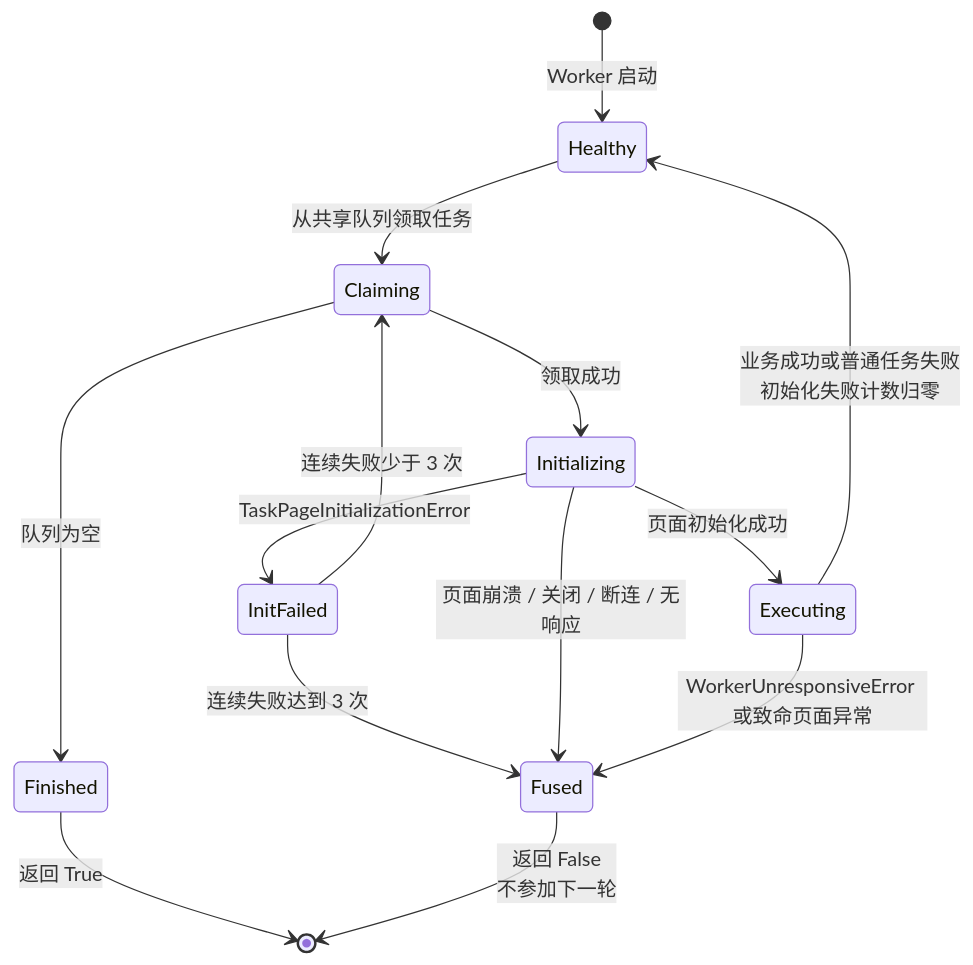
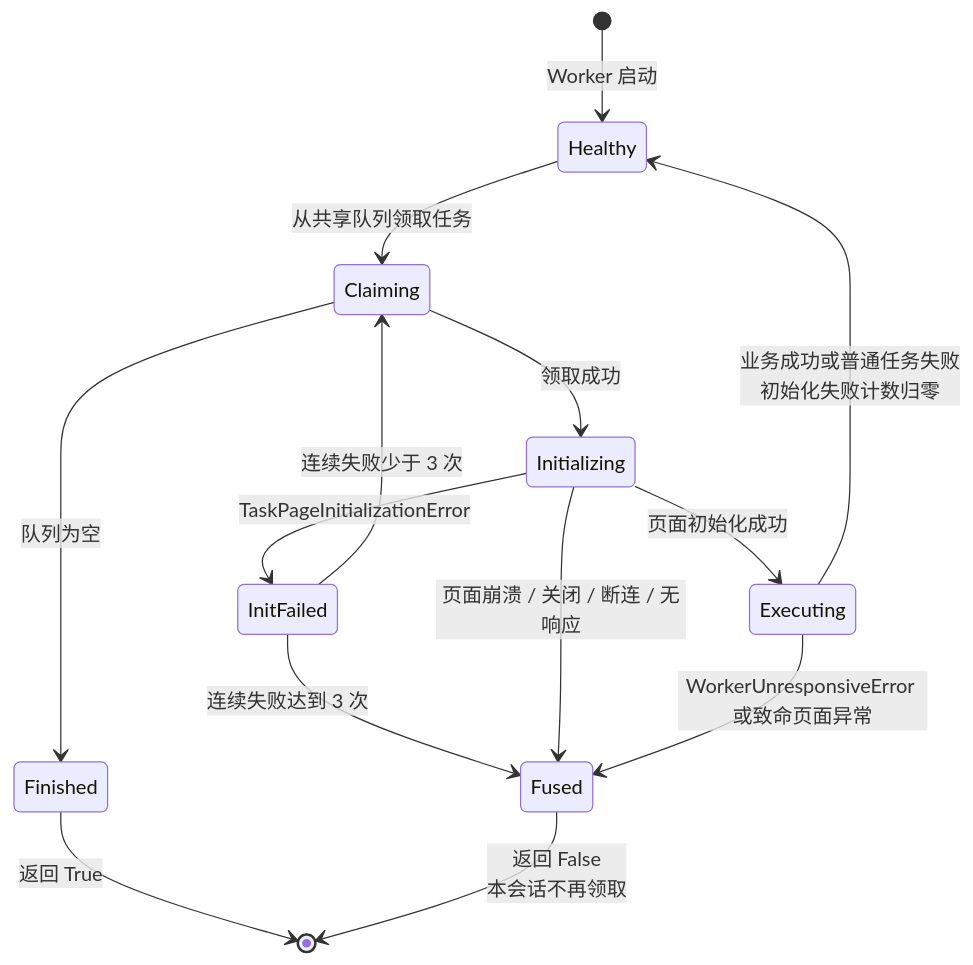
The seventh of 15 diagrams in ARCHITECTURE.md (liao084/BitBrowser-Backfill-Engine), drawn with Mermaid before and after one commit. The commit also changed other lines of this file and 7 other files, not shown here.

````diff
--- a/ARCHITECTURE.md
+++ b/ARCHITECTURE.md
@@ -266,16 +276,16 @@
 ```mermaid
 stateDiagram-v2
     [*] --> Healthy: Worker 启动
     Healthy --> Claiming: 从共享队列领取任务
     Claiming --> Finished: 队列为空
     Claiming --> Initializing: 领取成功
     Initializing --> Executing: 页面初始化成功
     Executing --> Healthy: 业务成功或普通任务失败<br/>初始化失败计数归零
     Initializing --> InitFailed: TaskPageInitializationError
     InitFailed --> Claiming: 连续失败少于 3 次
     InitFailed --> Fused: 连续失败达到 3 次
     Initializing --> Fused: 页面崩溃 / 关闭 / 断连 / 无响应
     Executing --> Fused: WorkerUnresponsiveError 或致命页面异常
     Finished --> [*]: 返回 True
-    Fused --> [*]: 返回 False<br/>不参加下一轮
+    Fused --> [*]: 返回 False<br/>本会话不再领取
 ```
````
